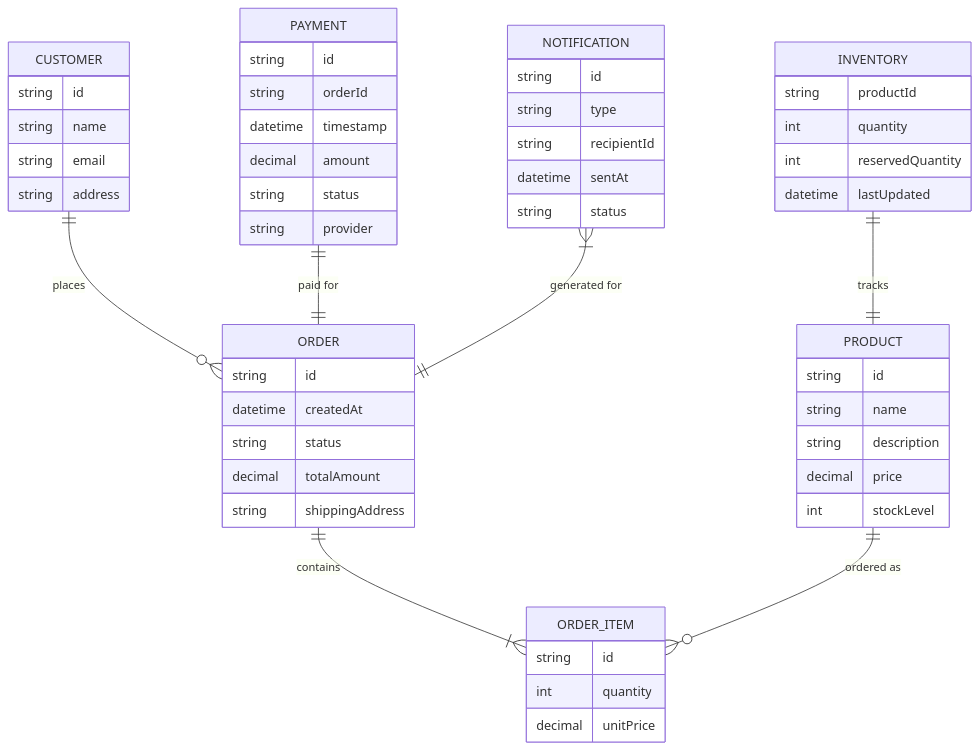
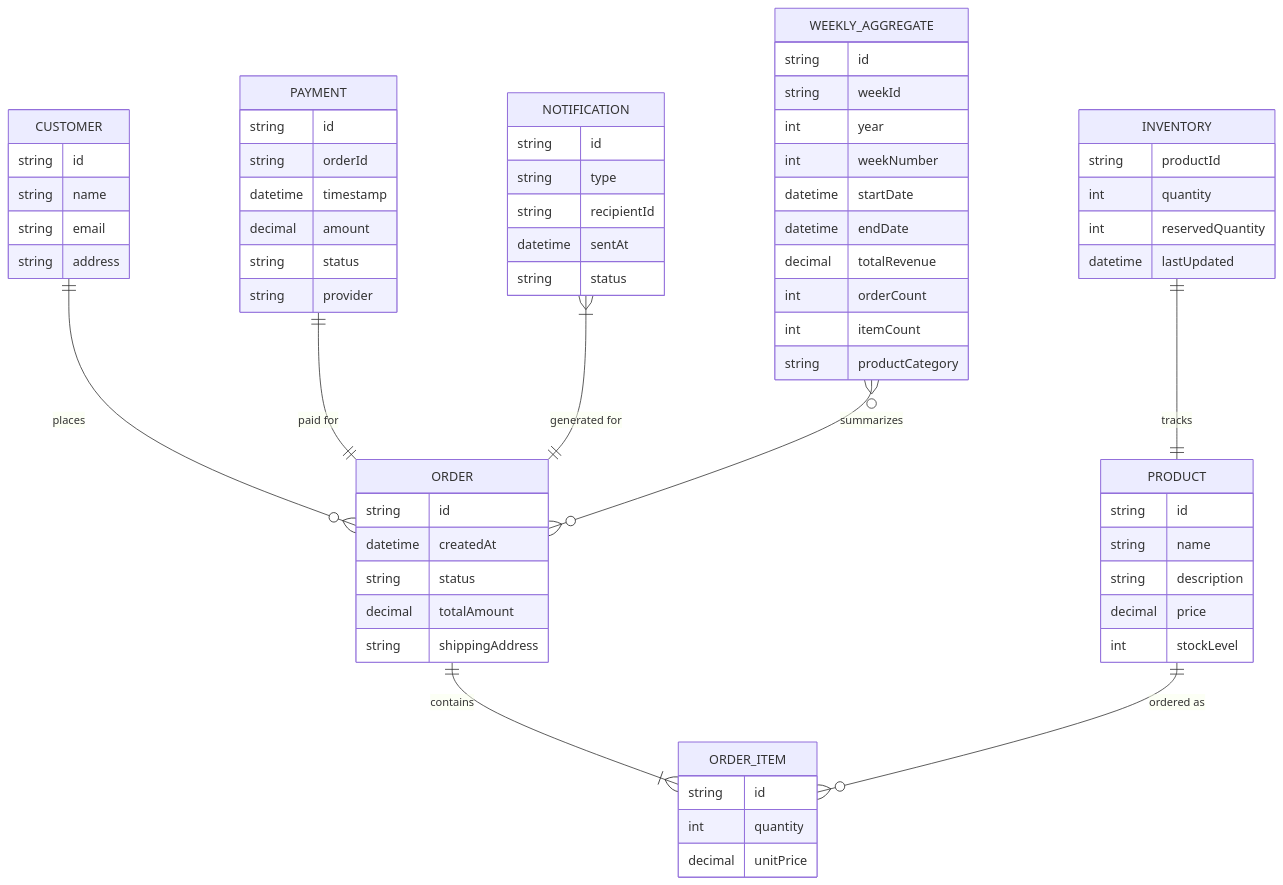
The second of 6 diagrams in order_system_architecture.md (sjefvanleeuwen/architecture), drawn with Mermaid before and after one commit. The commit also changed other lines of this file and 10 other files, not shown here.

````diff
--- a/order_system_architecture.md
+++ b/order_system_architecture.md
@@ -141,55 +142,68 @@
 ```mermaid
 erDiagram
     CUSTOMER ||--o{ ORDER : places
     CUSTOMER {
         string id
         string name
         string email
         string address
     }
     ORDER ||--|{ ORDER_ITEM : contains
     ORDER {
         string id
         datetime createdAt
         string status
         decimal totalAmount
         string shippingAddress
     }
     ORDER_ITEM {
         string id
         int quantity
         decimal unitPrice
     }
     PRODUCT ||--o{ ORDER_ITEM : "ordered as"
     PRODUCT {
         string id
         string name
         string description
         decimal price
         int stockLevel
     }
     PAYMENT ||--|| ORDER : "paid for"
     PAYMENT {
         string id
         string orderId
         datetime timestamp
         decimal amount
         string status
         string provider
     }
     NOTIFICATION }|--|| ORDER : "generated for"
     NOTIFICATION {
         string id
         string type
         string recipientId
         datetime sentAt
         string status
     }
     INVENTORY ||--|| PRODUCT : tracks
     INVENTORY {
         string productId
         int quantity
         int reservedQuantity
         datetime lastUpdated
     }
+    WEEKLY_AGGREGATE }o--o{ ORDER : summarizes
+    WEEKLY_AGGREGATE {
+        string id
+        string weekId
+        int year
+        int weekNumber
+        datetime startDate
+        datetime endDate
+        decimal totalRevenue
+        int orderCount
+        int itemCount
+        string productCategory
+    }
 ```
````
